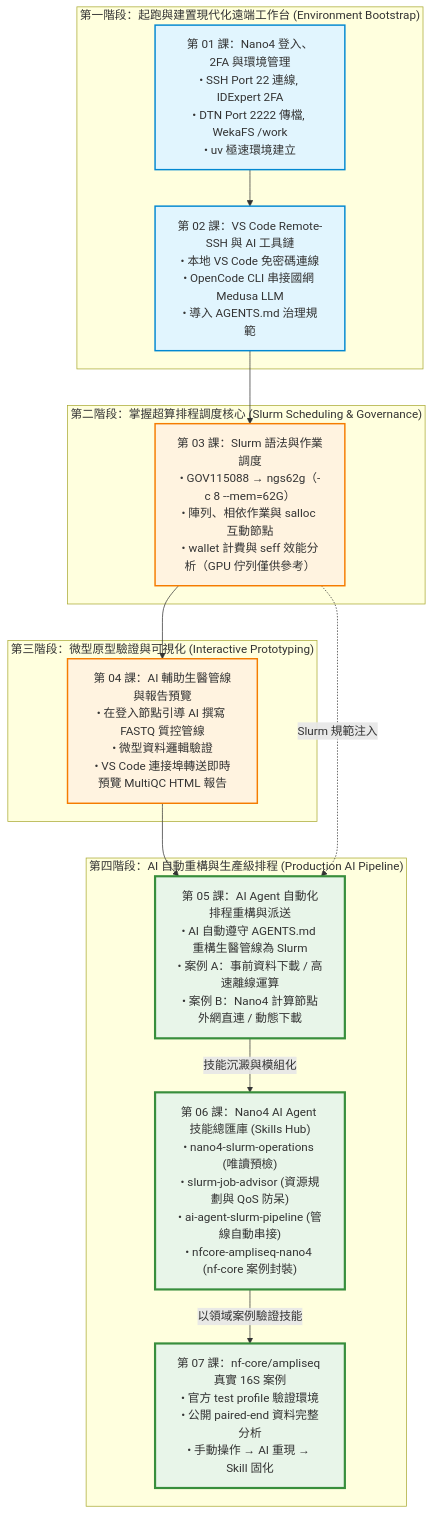
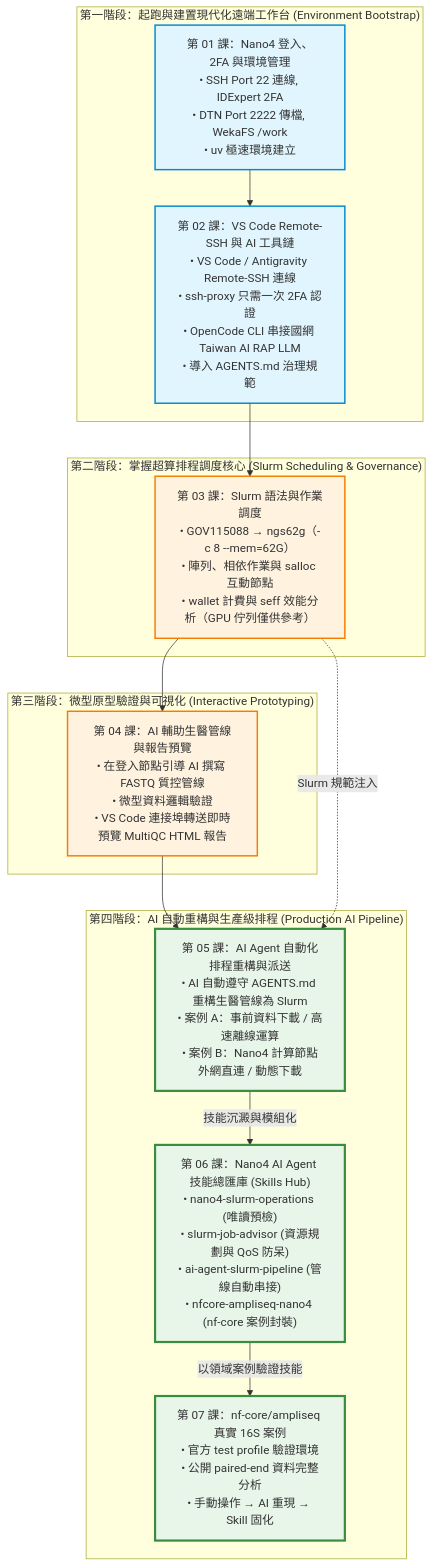
Before and after one commit to gemini960114/Nano4-Docs: the first of 2 diagrams in README.md, drawn with Mermaid. The commit also changed other lines of this file and 4 other files, not shown here.

First line of the commit message:
docs: rename Medusa to Taiwan AI RAP and fix 2FA wording

````diff
--- a/README.md
+++ b/README.md
@@ -40,36 +40,36 @@
 ```mermaid
 flowchart TD
     subgraph S1["第一階段：起跑與建置現代化遠端工作台 (Environment Bootstrap)"]
         C1["第 01 課：Nano4 登入、2FA 與環境管理<br>• SSH Port 22 連線, IDExpert 2FA<br>• DTN Port 2222 傳檔, WekaFS /work<br>• uv 極速環境建立"]
-        C2["第 02 課：VS Code Remote-SSH 與 AI 工具鏈<br>• 本地 VS Code 免密碼連線<br>• OpenCode CLI 串接國網 Medusa LLM<br>• 導入 AGENTS.md 治理規範"]
+        C2["第 02 課：VS Code Remote-SSH 與 AI 工具鏈<br>• VS Code / Antigravity Remote-SSH 連線<br>• ssh-proxy 只需一次 2FA 認證<br>• OpenCode CLI 串接國網 Taiwan AI RAP LLM<br>• 導入 AGENTS.md 治理規範"]
         C1 --> C2
     end
 
     subgraph S2["第二階段：掌握超算排程調度核心 (Slurm Scheduling & Governance)"]
         C3["第 03 課：Slurm 語法與作業調度<br>• GOV115088 → ngs62g（-c 8 --mem=62G）<br>• 陣列、相依作業與 salloc 互動節點<br>• wallet 計費與 seff 效能分析（GPU 佇列僅供參考）"]
         C2 --> C3
     end
 
     subgraph S3["第三階段：微型原型驗證與可視化 (Interactive Prototyping)"]
         C4["第 04 課：AI 輔助生醫管線與報告預覽<br>• 在登入節點引導 AI 撰寫 FASTQ 質控管線<br>• 微型資料邏輯驗證<br>• VS Code 連接埠轉送即時預覽 MultiQC HTML 報告"]
         C3 --> C4
     end
 
     subgraph S4["第四階段：AI 自動重構與生產級排程 (Production AI Pipeline)"]
         C5["第 05 課：AI Agent 自動化排程重構與派送<br>• AI 自動遵守 AGENTS.md 重構生醫管線為 Slurm<br>• 案例 A：事前資料下載 / 高速離線運算<br>• 案例 B：Nano4 計算節點外網直連 / 動態下載"]
         C6["第 06 課：Nano4 AI Agent 技能總匯庫 (Skills Hub)<br>• nano4-slurm-operations (唯讀預檢)<br>• slurm-job-advisor (資源規劃與 QoS 防呆)<br>• ai-agent-slurm-pipeline (管線自動串接)<br>• nfcore-ampliseq-nano4 (nf-core 案例封裝)"]
         C7["第 07 課：nf-core/ampliseq 真實 16S 案例<br>• 官方 test profile 驗證環境<br>• 公開 paired-end 資料完整分析<br>• 手動操作 → AI 重現 → Skill 固化"]
         C4 --> C5
         C3 -.->|Slurm 規範注入| C5
         C5 -->|技能沉澱與模組化| C6
         C6 -->|以領域案例驗證技能| C7
     end
 
     classDef primary fill:#e1f5fe,stroke:#0288d1,stroke-width:2px;
     classDef highlight fill:#fff3e0,stroke:#f57c00,stroke-width:2px;
     classDef capstone fill:#e8f5e9,stroke:#388e3c,stroke-width:3px;
 
     class C1,C2 primary;
     class C3,C4 highlight;
     class C5,C6,C7 capstone;
 ```
````
